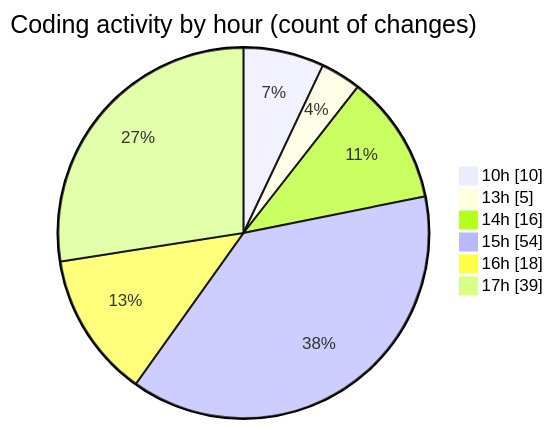
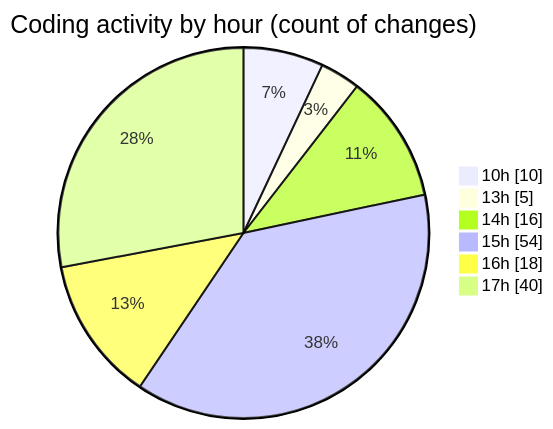
One commit to nxtqubesakshisongat/code-tracking changed the second of 2 diagrams in 2025-07-30/nxtqube_webapp/README.md. Above: the diagram before and after it, drawn with Mermaid. The commit also changed other lines of this file and 1 other file, not shown here.

````diff
--- a/2025-07-30/nxtqube_webapp/README.md
+++ b/2025-07-30/nxtqube_webapp/README.md
@@ -41,10 +41,10 @@
 ```mermaid
 pie showData
 title Coding activity by hour (count of changes)
 "10h" : 10
 "13h" : 5
 "14h" : 16
 "15h" : 54
 "16h" : 18
-"17h" : 39
+"17h" : 40
 ```
````
